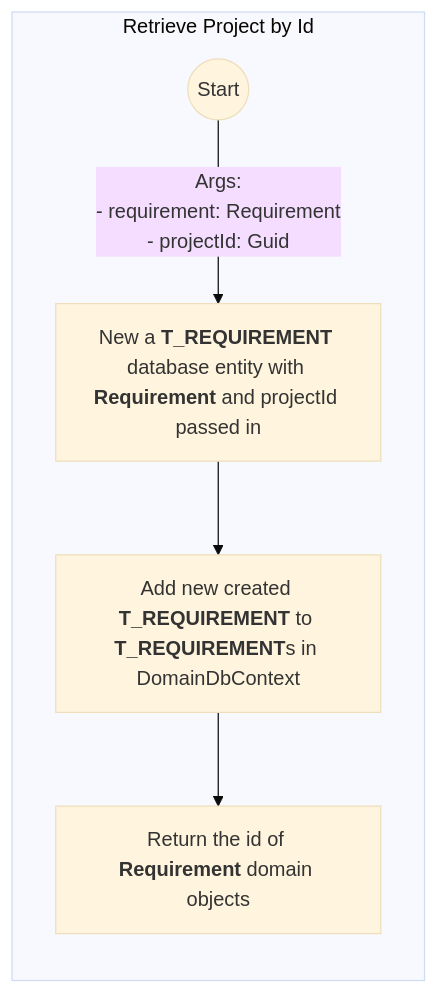
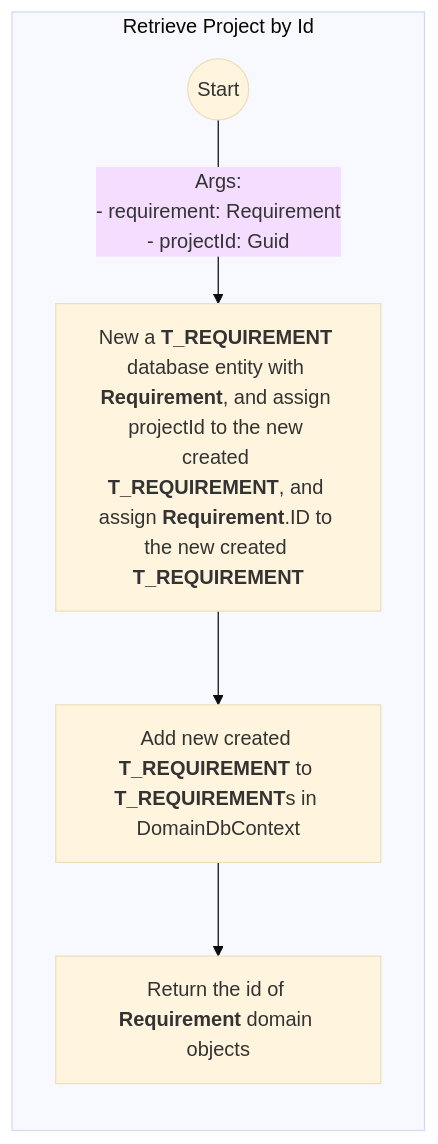
One commit to sdlfly2000/DomainBasedDesigner changed the fourth of 4 diagrams in AI/Repository/ProjectRepository.md. Above: the diagram before and after it, drawn with Mermaid (base theme). The commit also changed other lines of this file and 3 other files, not shown here.

````diff
--- a/AI/Repository/ProjectRepository.md
+++ b/AI/Repository/ProjectRepository.md
@@ -80,14 +82,14 @@
     ```mermaid
         graph TB
             subgraph main [Retrieve Project by Id]
                 direction TB
                 start(("Start")) --> 
                 |Args: 
                 - requirement: Requirement 
-                - projectId: Guid | newRequirementDbEntity["`New a **T_REQUIREMENT** database entity with **Requirement** and projectId passed in`"] -->
+                - projectId: Guid | newRequirementDbEntity["`New a **T_REQUIREMENT** database entity with **Requirement**, and assign projectId to the new created **T_REQUIREMENT**, and assign **Requirement**.ID to the new created **T_REQUIREMENT**`"] -->
 
                 AddToRequirements["`Add new created **T_REQUIREMENT** to **T_REQUIREMENT**s in DomainDbContext`"] -->
 
                 return["`Return the id of **Requirement** domain objects`"]
             end
     ```
````
